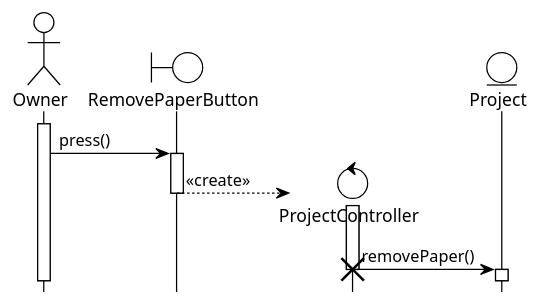
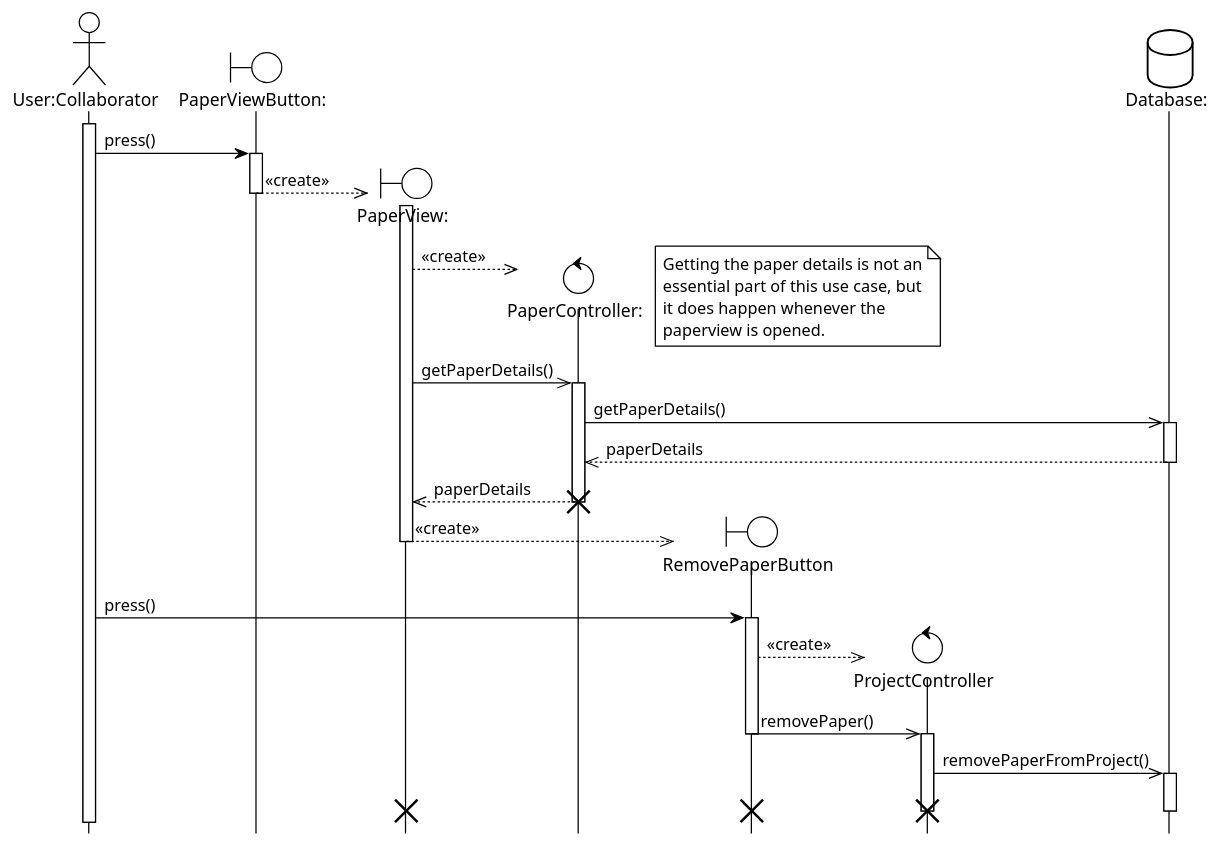
The diagram in Use case sequence diagrams/RemovePaperFromProject.puml (BlueMango10/Project-uml), drawn with PlantUML before and after one commit. The commit also changed 14 other files, not shown here.

Commit message:
Updated diagrams after implementation

```diff
--- a/Use case sequence diagrams/RemovePaperFromProject.puml
+++ b/Use case sequence diagrams/RemovePaperFromProject.puml
@@ -1,23 +1,63 @@
 @startuml RemovePaperFromProject
 !theme plain
 hide footbox
-actor Owner as po
-boundary RemovePaperButton as rpb
-control ProjectController as rpc
-entity Project as p
+actor "User:Collaborator" as u
+boundary "PaperViewButton:" as pvb
+boundary "PaperView:" as pv
+control "PaperController:" as pc
+boundary "RemovePaperButton" as rpb
+control "ProjectController" as prc
+database "Database:" as db
 
-activate po
+activate u
 
-po -> rpb : press()
+u -> pvb : press()
+activate pvb
+
+create pv
+pvb -->> pv : <<create>>
+deactivate pvb
+activate pv
+
+create pc
+pv -->> pc : <<create>>
+note right
+	Getting the paper details is not an
+	essential part of this use case, but
+	it does happen whenever the
+	paperview is opened.
+end note
+pv ->> pc : getPaperDetails()
+activate pc
+
+
+pc ->> db : getPaperDetails()
+activate db
+
+db -->> pc : paperDetails
+deactivate db
+
+pc -->> pv : paperDetails
+destroy pc
+
+create rpb
+pv -->> rpb : <<create>>
+deactivate pv
+
+u -> rpb : press()
 activate rpb
 
-create rpc
-rpb --> rpc : <<create>>
+create prc
+rpb -->> prc : <<create>>
+rpb ->> prc : removePaper()
 deactivate rpb
-activate rpc
+activate prc
 
-rpc -> p : removePaper()
-destroy rpc
-activate p
-deactivate p
+prc ->> db : removePaperFromProject()
+activate db
+deactivate db
+
+destroy prc
+destroy rpb
+destroy pv
 @enduml
```
